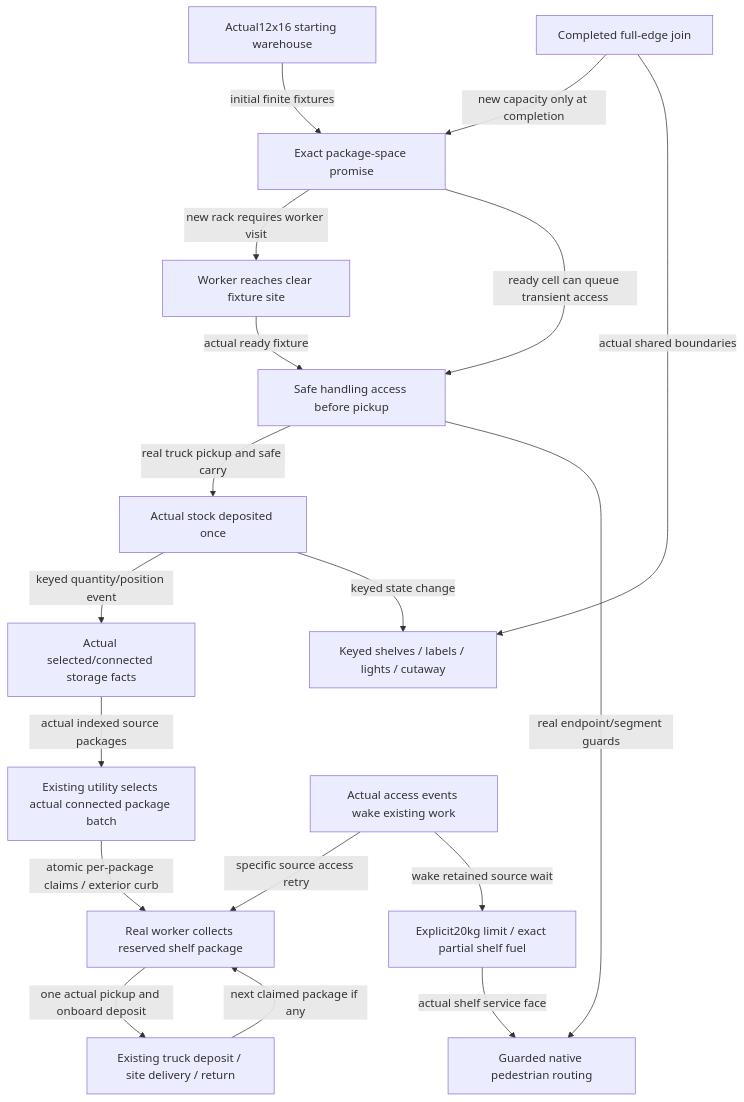
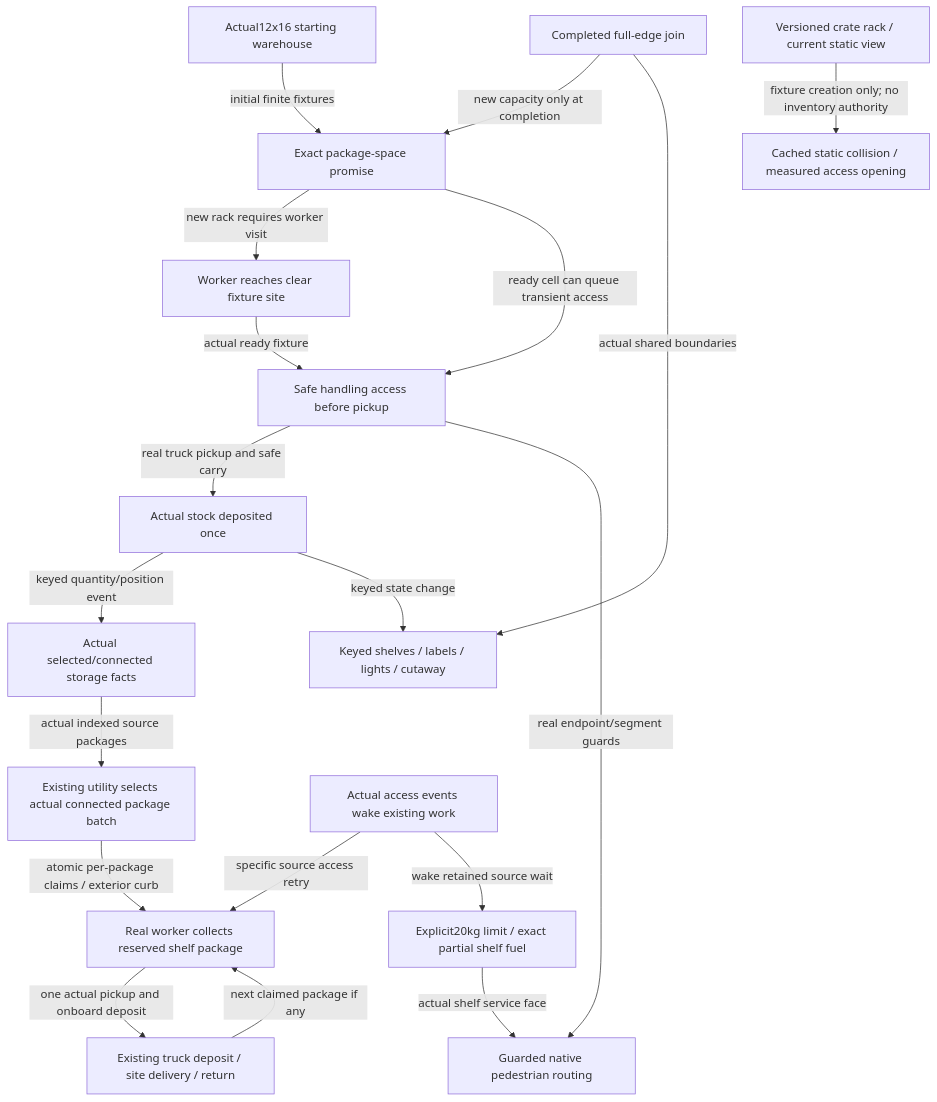
Diagram 51 of 52 in docs/system_atlas.md (TheInfinityIQ/Trencho_V4), drawn with Mermaid before and after one commit. The commit also changed other lines of this file and 5 other files, not shown here.

Commit message:
Map static warehouse fixture selection and cached collision ownership

````diff
--- a/docs/system_atlas.md
+++ b/docs/system_atlas.md
@@ -1620,34 +1620,37 @@
 ```mermaid
 flowchart TD
     opening["Actual12x16 starting warehouse"]
     reserve["Exact package-space promise"]
     prepare["Worker reaches clear fixture site"]
     access["Safe handling access before pickup"]
     commit["Actual stock deposited once"]
     join["Completed full-edge join"]
     view["Keyed shelves / labels / lights / cutaway"]
     routes["Guarded native pedestrian routing"]
     summary["Actual selected/connected storage facts"]
     batch["Existing utility selects actual connected package batch"]
     load["Real worker collects reserved shelf package"]
     handoff["Existing truck deposit / site delivery / return"]
     fuel["Explicit20kg limit / exact partial shelf fuel"]
     wake["Actual access events wake existing work"]
+    metal_static_fixture["Versioned crate rack / current static view"]
+    metal_static_collision["Cached static collision / measured access opening"]
     opening -->|"initial finite fixtures"| reserve
     reserve -->|"new rack requires worker visit"| prepare
     prepare -->|"actual ready fixture"| access
     reserve -->|"ready cell can queue transient access"| access
     access -->|"real truck pickup and safe carry"| commit
     commit -->|"keyed quantity/position event"| summary
     join -->|"new capacity only at completion"| reserve
     commit -->|"keyed state change"| view
     join -->|"actual shared boundaries"| view
     access -->|"real endpoint/segment guards"| routes
     summary -->|"actual indexed source packages"| batch
     batch -->|"atomic per-package claims / exterior curb"| load
     load -->|"one actual pickup and onboard deposit"| handoff
     handoff -->|"next claimed package if any"| load
     wake -->|"specific source access retry"| load
     wake -->|"wake retained source wait"| fuel
     fuel -->|"actual shelf service face"| routes
+    metal_static_fixture -->|"fixture creation only; no inventory authority"| metal_static_collision
 ```
````
